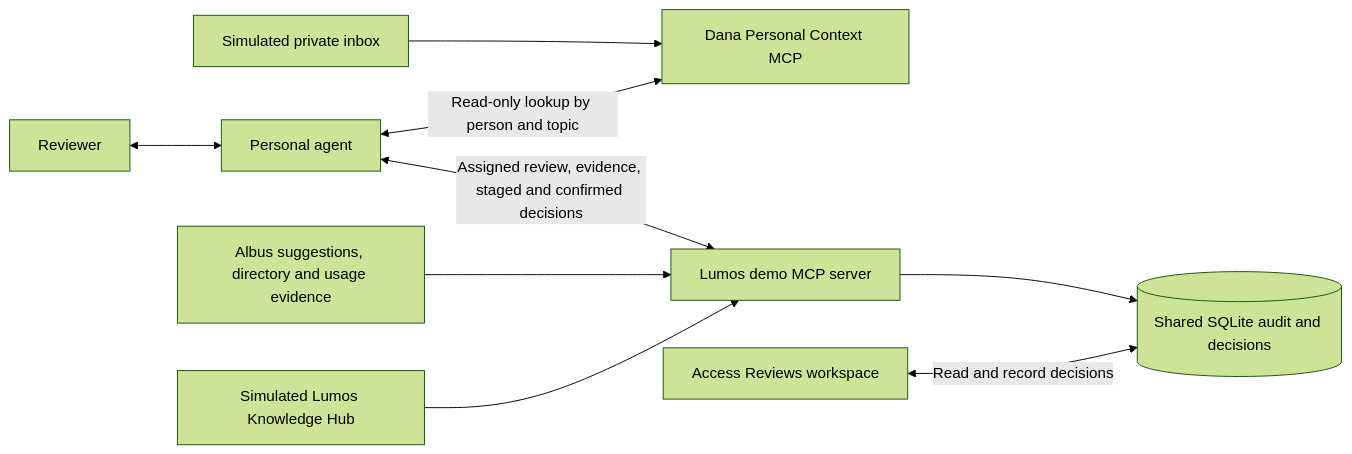
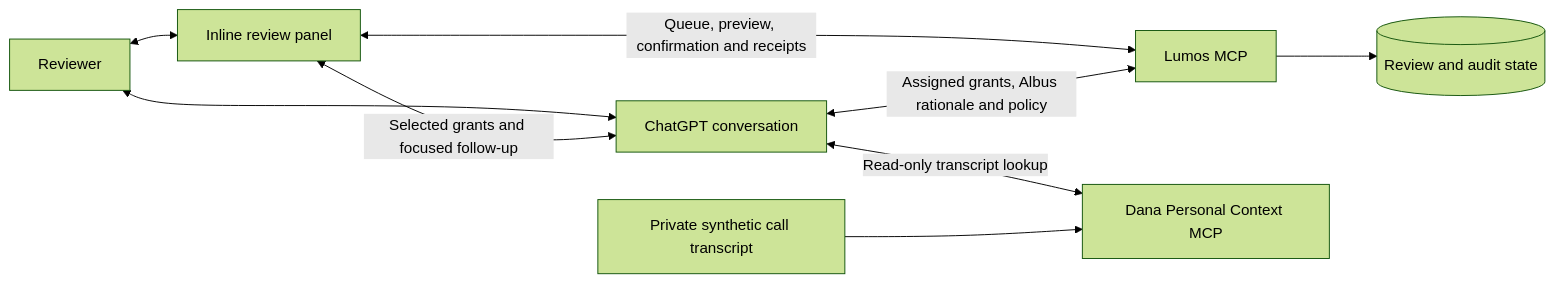
The first of 2 diagrams in docs/diagrams.md (BlakeB-PM/lumos-review-demo), drawn with Mermaid (forest theme) before and after one commit. The commit also changed other lines of this file and 14 other files, not shown here.

Commit message:
Build inline ChatGPT access review plugin

```diff
--- a/docs/diagrams.md
+++ b/docs/diagrams.md
@@ -3,11 +3,11 @@
 ~~~mermaid
 flowchart LR
-    H[Reviewer] <--> C[Personal agent]
-    P[Simulated private inbox] --> M[Dana Personal Context MCP]
-    C <-->|Read-only lookup by person and topic| M
-    C <-->|Assigned review, evidence, staged and confirmed decisions| S[Lumos demo MCP server]
-    F[Albus suggestions, directory and usage evidence] --> S
-    K[Simulated Lumos Knowledge Hub] --> S
-    S --> D[(Shared SQLite audit and decisions)]
-    R[Access Reviews workspace] <-->|Read and record decisions| D
+    H[Reviewer] <--> U[Inline review panel]
+    H <--> C[ChatGPT conversation]
+    U <-->|Selected grants and focused follow-up| C
+    U <-->|Queue, preview, confirmation and receipts| S[Lumos MCP]
+    C <-->|Assigned grants, Albus rationale and policy| S
+    C <-->|Read-only transcript lookup| P[Dana Personal Context MCP]
+    T[Private synthetic call transcript] --> P
+    S --> D[(Review and audit state)]
 ~~~
```
